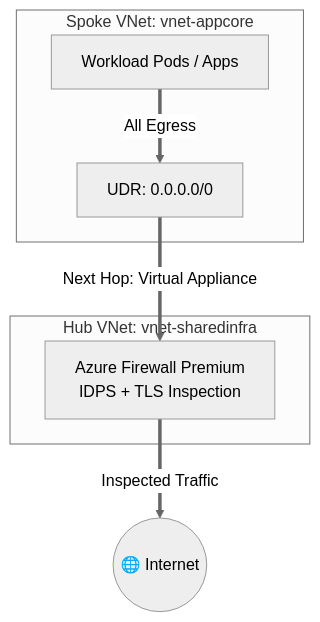
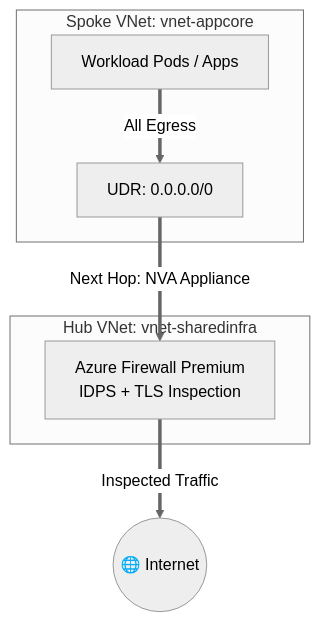
The second of 2 diagrams in docs/324-SECURITY_BY_DESIGN_CHECKLIST.md (nubenetes/terraform-azure-devops-agentic), drawn with Mermaid (neutral theme) before and after one commit. The commit also changed 23 other files, not shown here.

Commit message:
docs: establish automated Mermaid validator and eliminate text clipping repo-wide

````diff
--- a/docs/324-SECURITY_BY_DESIGN_CHECKLIST.md
+++ b/docs/324-SECURITY_BY_DESIGN_CHECKLIST.md
@@ -68,13 +68,13 @@
 ```mermaid
 graph TD
     subgraph Spoke_Tier [Spoke VNet: vnet-appcore]
         UDR["UDR: 0.0.0.0/0"]
         WORKLOAD[Workload Pods / Apps]
     end
     subgraph Hub_Tier [Hub VNet: vnet-sharedinfra]
         FW[Azure Firewall Premium<br/>IDPS + TLS Inspection]
     end
     WORKLOAD ==> |"All Egress"|UDR;
-    UDR ==> |"Next Hop: Virtual Appliance"|FW;
+    UDR ==> |"Next Hop: NVA Appliance"|FW;
     FW ==> |"Inspected Traffic"|Internet_Node((🌐 Internet));
 ```
````
